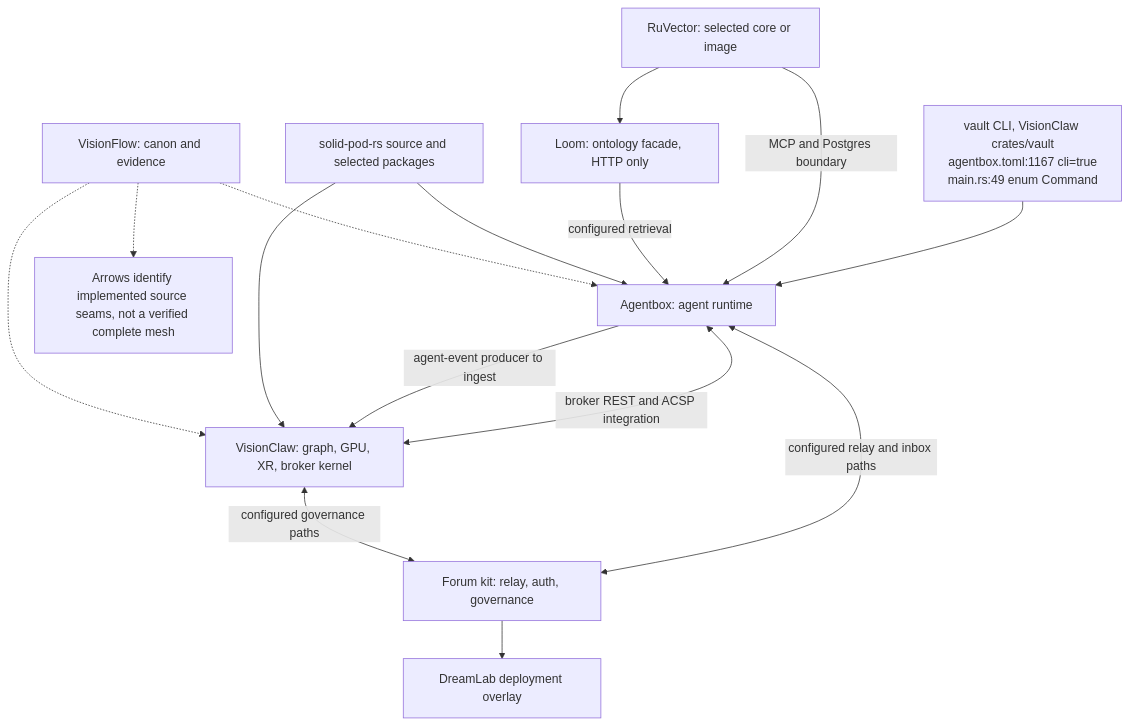
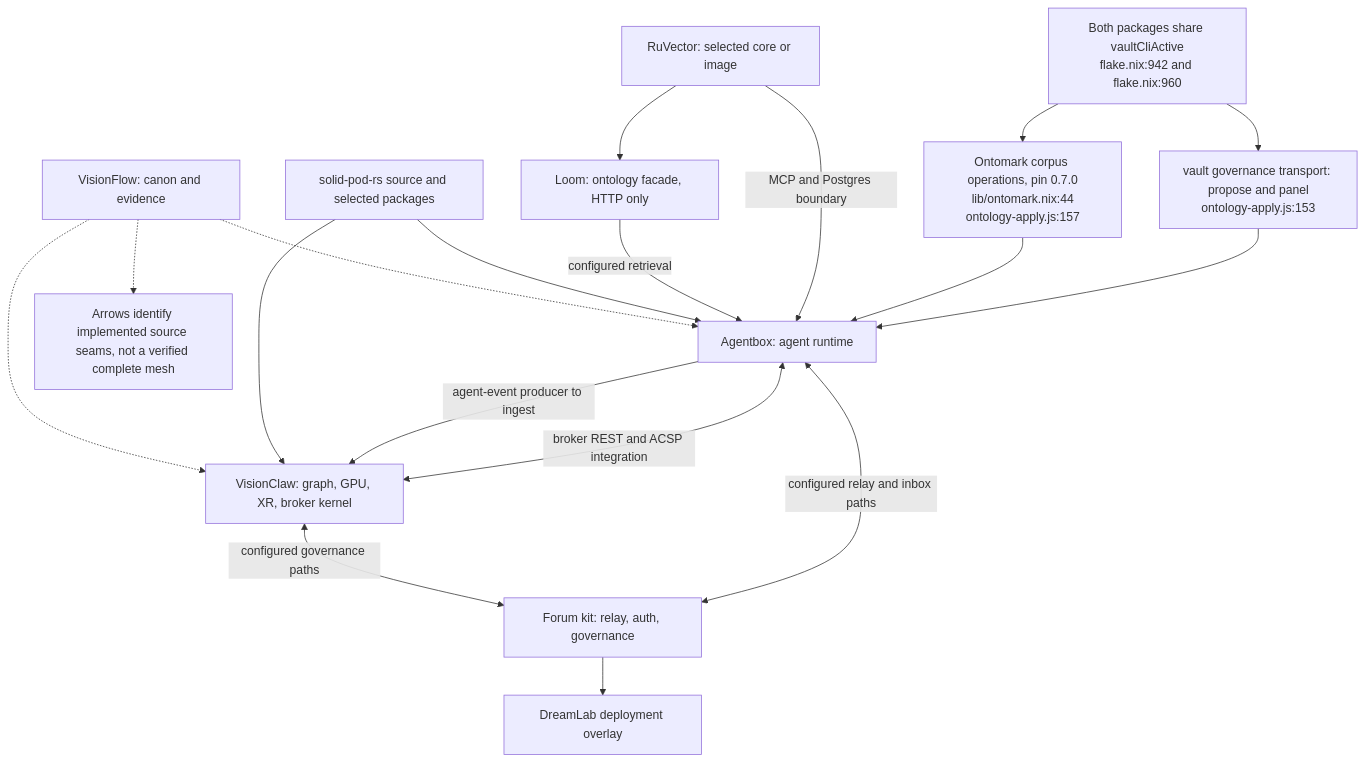
Before and after one commit to DreamLab-AI/VisionFlow: the first of 7 diagrams in docs/diagrams/visionflow/08-compatibility-and-dependency-direction.md, drawn with Mermaid. The commit also changed other lines of this file and 10 other files, not shown here.

Commit message:
Audit corpus CLI migration and reproduce governed push interleaving

````diff
--- a/docs/diagrams/visionflow/08-compatibility-and-dependency-direction.md
+++ b/docs/diagrams/visionflow/08-compatibility-and-dependency-direction.md
@@ -38,18 +42,21 @@
 ```mermaid
 flowchart TB
     VF["VisionFlow: canon and evidence"] -.-> VC["VisionClaw: graph, GPU, XR, broker kernel"]
     VF -.-> AB["Agentbox: agent runtime"]
     SPR["solid-pod-rs source and selected packages"] --> VC
     SPR --> AB
     NRF["Forum kit: relay, auth, governance"] --> DLW["DreamLab deployment overlay"]
     AB -->|agent-event producer to ingest| VC
     AB <-->|broker REST and ACSP integration| VC
     VC <-->|configured governance paths| NRF
     AB <-->|configured relay and inbox paths| NRF
     LOOM["Loom: ontology facade, HTTP only"] -->|configured retrieval| AB
     RV["RuVector: selected core or image"] --> LOOM
     RV -->|MCP and Postgres boundary| AB
-    VAULT["vault CLI, VisionClaw crates/vault<br/>agentbox.toml:1167 cli=true<br/>main.rs:49 enum Command"] --> AB
+    CLI["Ontomark corpus operations, pin 0.7.0<br/>lib/ontomark.nix:44<br/>ontology-apply.js:157"] --> AB
+    VAULT["vault governance transport: propose and panel<br/>ontology-apply.js:153"] --> AB
+    GATE["Both packages share vaultCliActive<br/>flake.nix:942 and flake.nix:960"] --> CLI
+    GATE --> VAULT
     SCOPE["Arrows identify implemented source seams, not a verified complete mesh"]
     VF -.-> SCOPE
 ```
````
